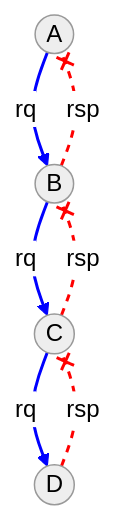
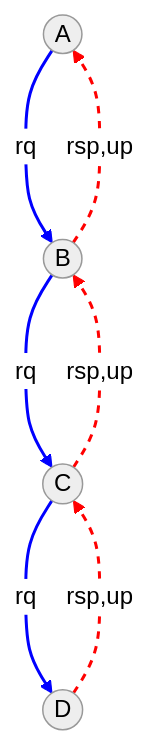
One commit to Rick-Anderson/Report changed the diagram in z4.md. Above: the diagram before and after it, drawn with Mermaid (neutral theme).

````diff
--- a/z4.md
+++ b/z4.md
@@ -1,18 +1,18 @@
 ```mermaid
 graph TD;
     A((A))-->|rq|B((B))
     B-->|rq|C((C))
     C-->|rq|D((D))
-    D--x|rsp|C
-    C--x|rsp|B
-    B--x|rsp|A
+    D--->|rsp,up|C
+    C--->|rsp,up|B
+    B--->|rsp,up|A
 
     linkStyle 0 stroke-width:2px,fill:none,stroke:blue;
     linkStyle 1 stroke-width:2px,fill:none,stroke:blue;
     linkStyle 2 stroke-width:2px,fill:none,stroke:blue;
     linkStyle 3 stroke-dasharray: 5 5, stroke-width:2px,fill:none,stroke:red;
     linkStyle 4 stroke-dasharray: 5 5, stroke-width:2px,fill:none,stroke:red;
     linkStyle 5 stroke-dasharray: 5 5, stroke-width:2px,fill:none,stroke:red;
 
 
 ```
````
